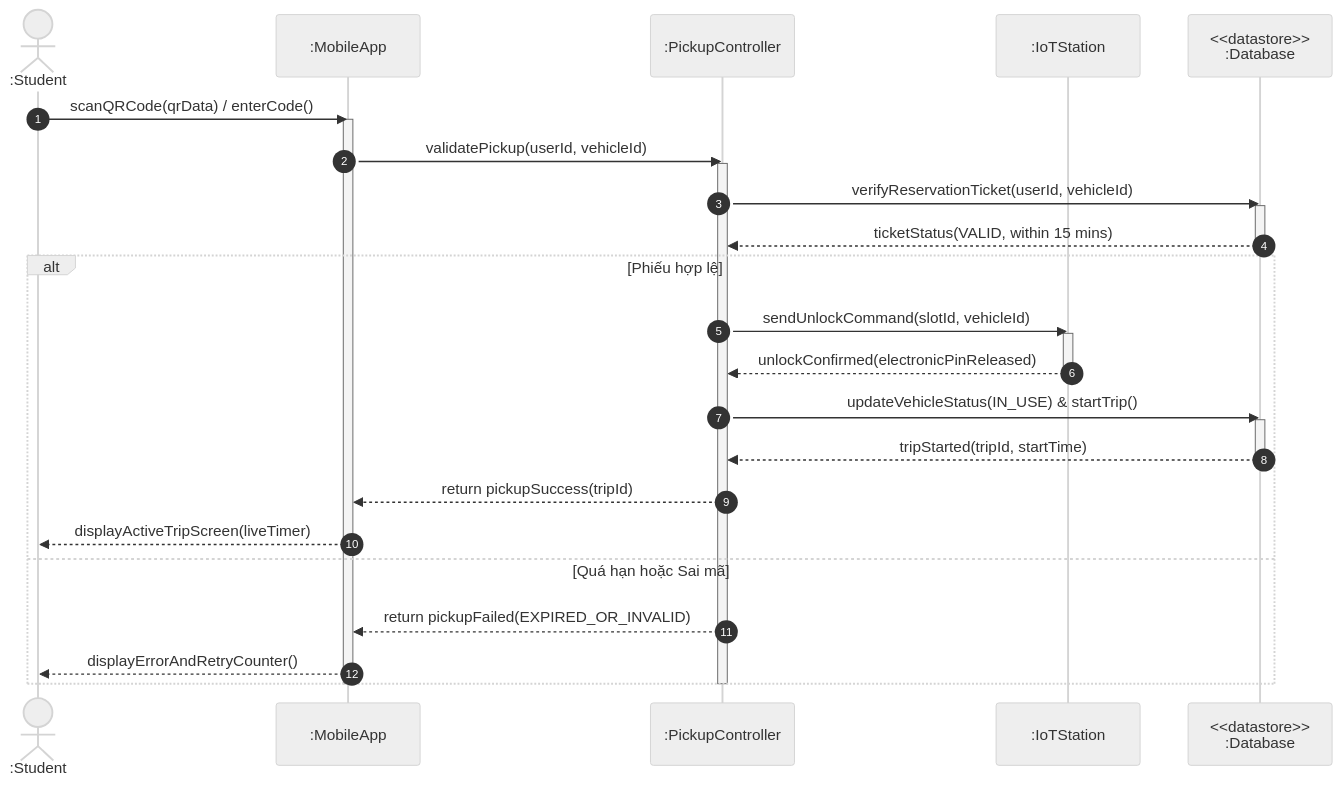
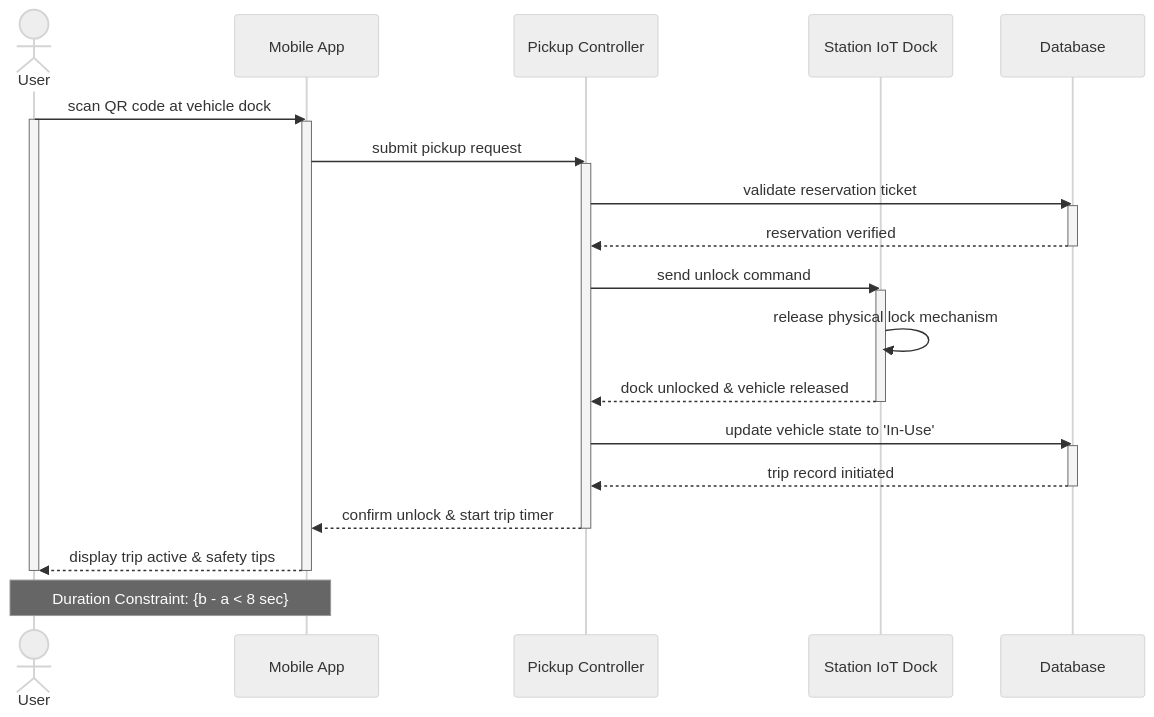
Before and after one commit to YdtTran/software-engineerning: the fourth of 14 diagrams in 01_Diagram/02_Sequence_Diagram/PLANTUML_SEQUENCE.md, drawn with Mermaid (neutral theme). The commit also changed other lines of this file and 19 other files, not shown here.

Commit message:
feat(diagram): update sequence diagrams with slide-standard visuals and rendered pngs

````diff
--- a/01_Diagram/02_Sequence_Diagram/PLANTUML_SEQUENCE.md
+++ b/01_Diagram/02_Sequence_Diagram/PLANTUML_SEQUENCE.md
@@ -145,35 +174,33 @@
 ```mermaid
 sequenceDiagram
-    autonumber
-    actor User as :Student
-    participant UI as :MobileApp
-    participant Ctrl as :PickupController
-    participant IoT as :IoTStation
-    participant DB as <<datastore>><br/>:Database
+    actor User as User
+    participant App as Mobile App
+    participant Ctrl as Pickup Controller
+    participant Dock as Station IoT Dock
+    participant DB as Database
 
-    User->>UI: scanQRCode(qrData) / enterCode()
-    activate UI
-    UI->>Ctrl: validatePickup(userId, vehicleId)
+    User->>App: scan QR code at vehicle dock
+    activate User
+    activate App
+    App->>Ctrl: submit pickup request
     activate Ctrl
-    Ctrl->>DB: verifyReservationTicket(userId, vehicleId)
+    Ctrl->>DB: validate reservation ticket
     activate DB
-    DB-->>Ctrl: ticketStatus(VALID, within 15 mins)
+    DB-->>Ctrl: reservation verified
     deactivate DB
-    alt Phiếu hợp lệ
-        Ctrl->>IoT: sendUnlockCommand(slotId, vehicleId)
-        activate IoT
-        IoT-->>Ctrl: unlockConfirmed(electronicPinReleased)
-        deactivate IoT
-        Ctrl->>DB: updateVehicleStatus(IN_USE) & startTrip()
-        activate DB
-        DB-->>Ctrl: tripStarted(tripId, startTime)
-        deactivate DB
-        Ctrl-->>UI: return pickupSuccess(tripId)
-        UI-->>User: displayActiveTripScreen(liveTimer)
-    else Quá hạn hoặc Sai mã
-        Ctrl-->>UI: return pickupFailed(EXPIRED_OR_INVALID)
-        UI-->>User: displayErrorAndRetryCounter()
-    end
+    Ctrl->>Dock: send unlock command
+    activate Dock
+    Dock->>Dock: release physical lock mechanism
+    Dock-->>Ctrl: dock unlocked & vehicle released
+    deactivate Dock
+    Ctrl->>DB: update vehicle state to 'In-Use'
+    activate DB
+    DB-->>Ctrl: trip record initiated
+    deactivate DB
+    Ctrl-->>App: confirm unlock & start trip timer
     deactivate Ctrl
-    deactivate UI
+    App-->>User: display trip active & safety tips
+    deactivate App
+    deactivate User
+    Note over User,App: Duration Constraint: {b - a < 8 sec}
 ```
````
